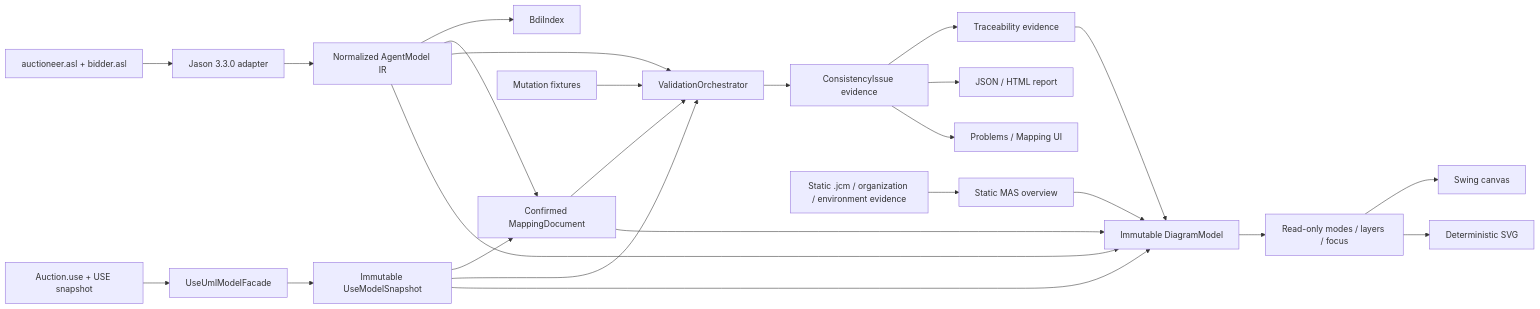
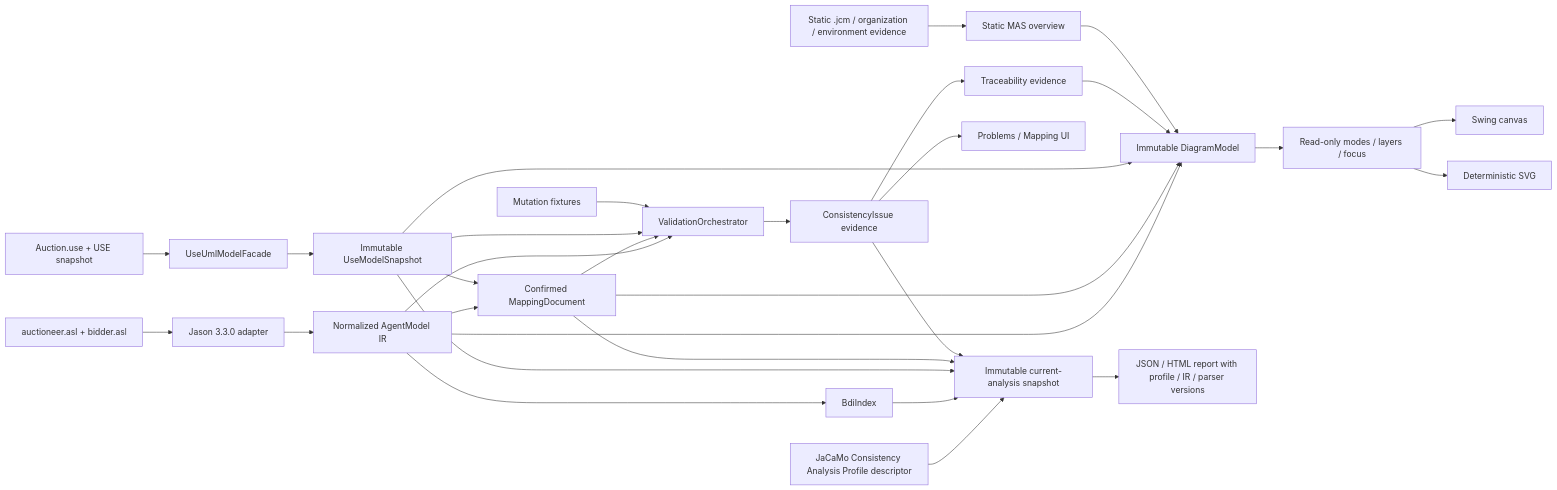
Before and after one commit to nguyentrungnghia1802/USE_BDI_Plugin: the diagram in docs/project/evidence/auction-architecture.mmd, drawn with Mermaid. The commit also changed 13 other files, not shown here.

```diff
--- a/docs/project/evidence/auction-architecture.mmd
+++ b/docs/project/evidence/auction-architecture.mmd
@@ -1,25 +1,30 @@
 flowchart LR
     ASL[auctioneer.asl + bidder.asl] --> J[Jason 3.3.0 adapter]
     J --> IR[Normalized AgentModel IR]
     IR --> IDX[BdiIndex]
+    PROFILE[JaCaMo Consistency Analysis Profile descriptor] --> CUR[Immutable current-analysis snapshot]
     UML[Auction.use + USE snapshot] --> F[UseUmlModelFacade]
     F --> SNAP[Immutable UseModelSnapshot]
     IR --> MAP[Confirmed MappingDocument]
     SNAP --> MAP
     IR --> V[ValidationOrchestrator]
     MAP --> V
     SNAP --> V
     V --> ISS[ConsistencyIssue evidence]
+    IDX --> CUR
+    SNAP --> CUR
+    MAP --> CUR
+    ISS --> CUR
     IR --> DM[Immutable DiagramModel]
     MAP --> DM
     SNAP --> DM
     ISS --> TRACE[Traceability evidence]
     TRACE --> DM
     DM --> VP[Read-only modes / layers / focus]
     VP --> SWING[Swing canvas]
     VP --> SVG[Deterministic SVG]
-    ISS --> R[JSON / HTML report]
+    CUR --> R[JSON / HTML report with profile / IR / parser versions]
     ISS --> UI[Problems / Mapping UI]
     M[Mutation fixtures] --> V
     STATIC[Static .jcm / organization / environment evidence] --> MAS[Static MAS overview]
     MAS --> DM
```
